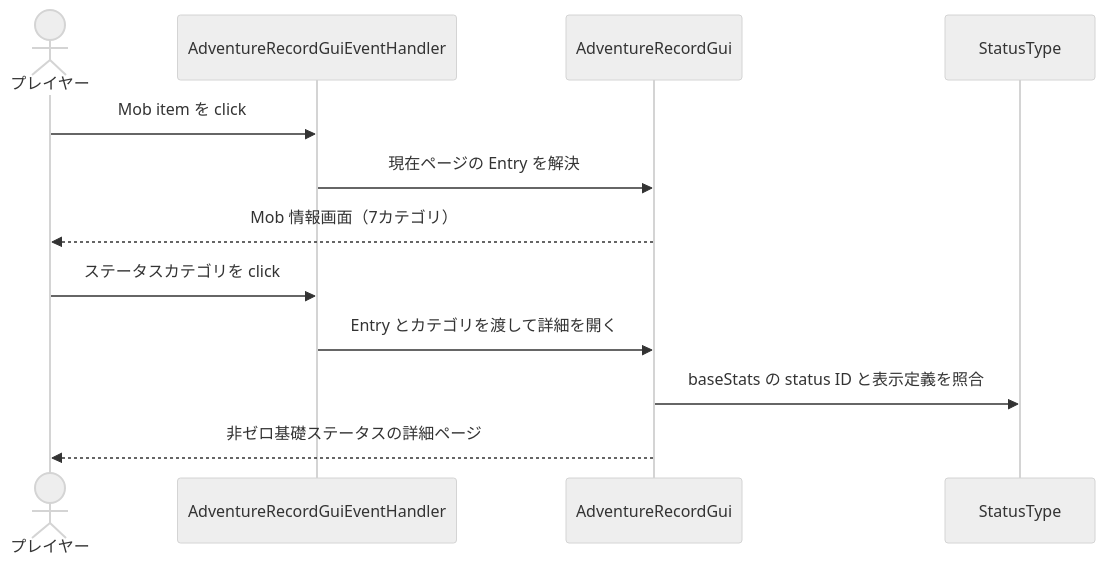
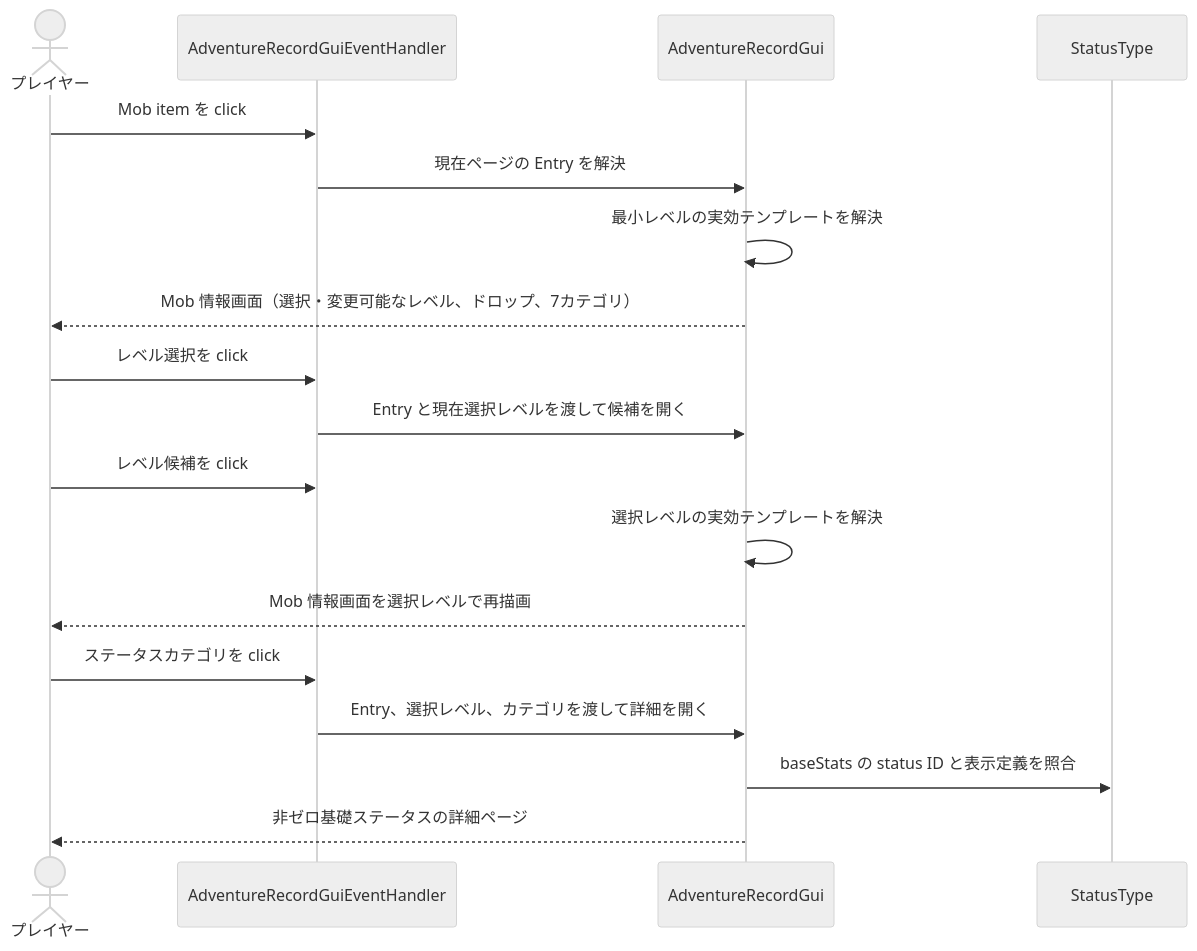
The fourth of 5 diagrams in 00_docs/10_Plugin設計書/feature/21-adventurerecord/21_4-統合フロー.md (maaasu/AstralRecord-Workspace), drawn with Mermaid (neutral theme) before and after one commit. The commit also changed other lines of this file and 8 other files, not shown here.

````diff
--- a/00_docs/10_Plugin設計書/feature/21-adventurerecord/21_4-統合フロー.md
+++ b/00_docs/10_Plugin設計書/feature/21-adventurerecord/21_4-統合フロー.md
@@ -103,14 +103,20 @@
 ```mermaid
 sequenceDiagram
     actor Player as プレイヤー
     participant Handler as AdventureRecordGuiEventHandler
     participant GUI as AdventureRecordGui
     participant Status as StatusType
     Player->>Handler: Mob item を click
     Handler->>GUI: 現在ページの Entry を解決
-    GUI-->>Player: Mob 情報画面（7カテゴリ）
+    GUI->>GUI: 最小レベルの実効テンプレートを解決
+    GUI-->>Player: Mob 情報画面（選択・変更可能なレベル、ドロップ、7カテゴリ）
+    Player->>Handler: レベル選択を click
+    Handler->>GUI: Entry と現在選択レベルを渡して候補を開く
+    Player->>Handler: レベル候補を click
+    GUI->>GUI: 選択レベルの実効テンプレートを解決
+    GUI-->>Player: Mob 情報画面を選択レベルで再描画
     Player->>Handler: ステータスカテゴリを click
-    Handler->>GUI: Entry とカテゴリを渡して詳細を開く
+    Handler->>GUI: Entry、選択レベル、カテゴリを渡して詳細を開く
     GUI->>Status: baseStats の status ID と表示定義を照合
     GUI-->>Player: 非ゼロ基礎ステータスの詳細ページ
 ```
````
